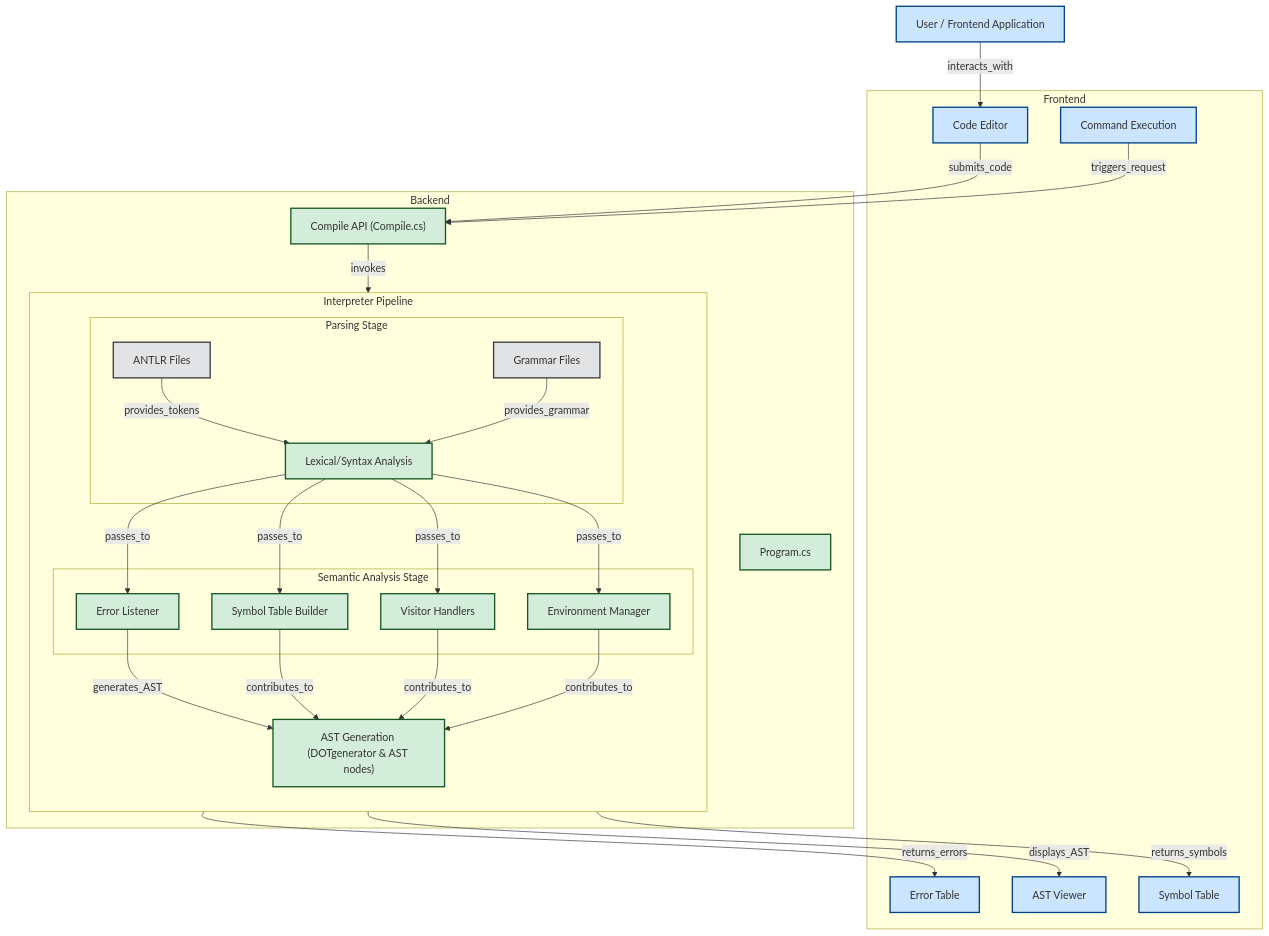
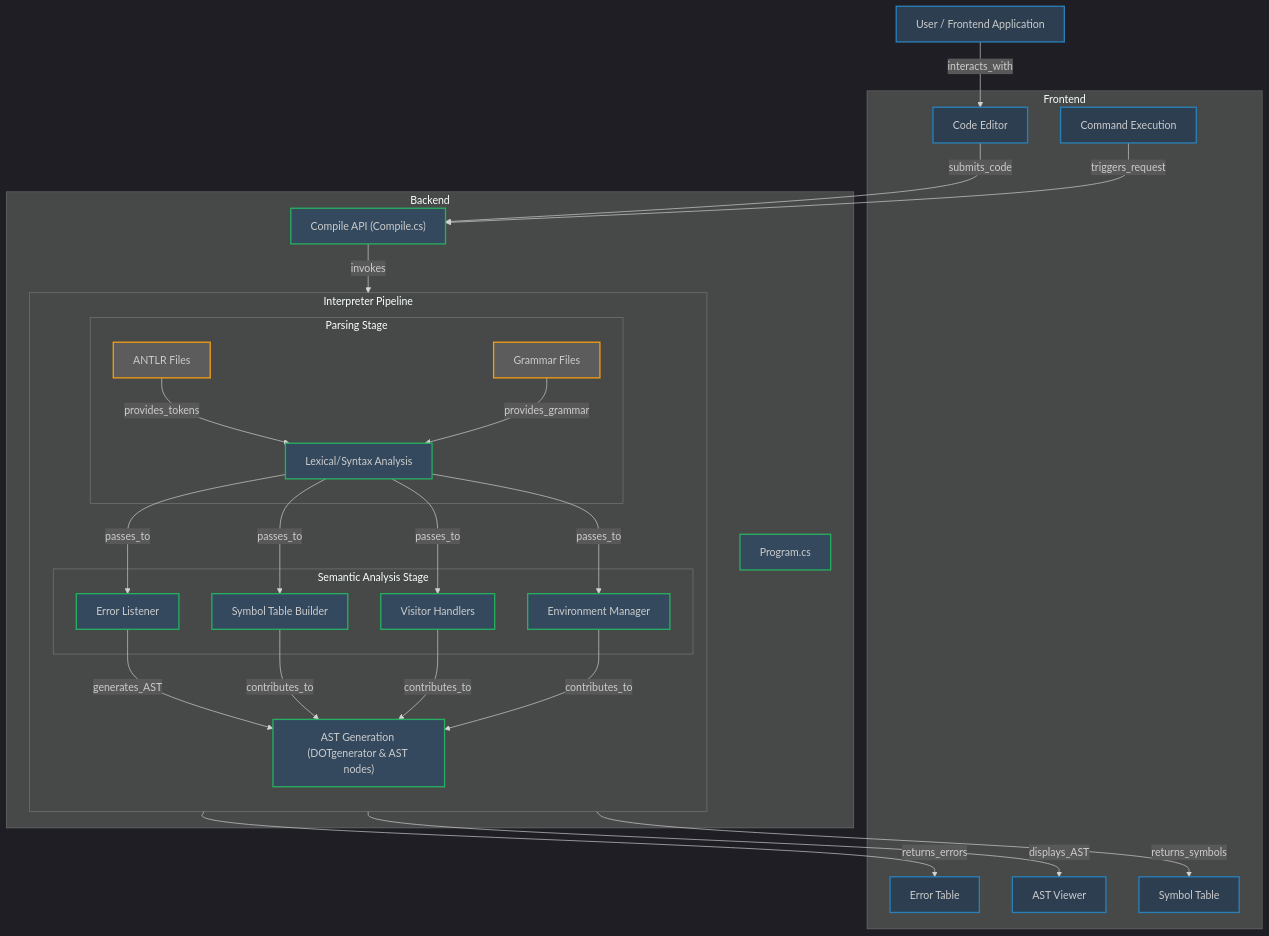
The diagram in README.md (sudokentucky/OLC2_Proyecto1_202100106), drawn with Mermaid before and after one commit.

````diff
--- a/README.md
+++ b/README.md
@@ -272,68 +272,69 @@
 ```mermaid
+%%{ init: { "theme": "dark" } }%%
 flowchart TB
     %% External
     UserApp["User / Frontend Application"]:::frontend
 
     %% Frontend Subgraph
     subgraph "Frontend"
         CodeEditor["Code Editor"]:::frontend
         CommandExec["Command Execution"]:::frontend
         ErrorTable["Error Table"]:::frontend
         ASTViewer["AST Viewer"]:::frontend
         SymbolTable["Symbol Table"]:::frontend
     end
 
     %% Backend Subgraph
     subgraph "Backend"
         AppEntry["Program.cs"]:::backend
         CompileAPI["Compile API (Compile.cs)"]:::backend
 
         subgraph "Interpreter Pipeline"
             direction TB
 
             subgraph "Parsing Stage"
                 ANTLRFiles["ANTLR Files"]:::antlr
                 GrammarFiles["Grammar Files"]:::antlr
                 LexSyn["Lexical/Syntax Analysis"]:::backend
             end
 
             subgraph "Semantic Analysis Stage"
                 ErrorListener["Error Listener"]:::backend
                 SymbolTableBuilder["Symbol Table Builder"]:::backend
                 VisitorHandlers["Visitor Handlers"]:::backend
                 EnvironmentManager["Environment Manager"]:::backend
             end
 
             ASTGeneration["AST Generation (DOTgenerator & AST nodes)"]:::backend
         end
     end
 
     %% Frontend interactions
     UserApp -->|"interacts_with"| CodeEditor
     CodeEditor -->|"submits_code"| CompileAPI
     CommandExec -->|"triggers_request"| CompileAPI
 
     %% Backend processing flow
     CompileAPI -->|"invokes"| LexSyn
     ANTLRFiles -->|"provides_tokens"| LexSyn
     GrammarFiles -->|"provides_grammar"| LexSyn
     LexSyn -->|"passes_to"| ErrorListener
     LexSyn -->|"passes_to"| SymbolTableBuilder
     LexSyn -->|"passes_to"| VisitorHandlers
     LexSyn -->|"passes_to"| EnvironmentManager
     ErrorListener -->|"generates_AST"| ASTGeneration
     SymbolTableBuilder -->|"contributes_to"| ASTGeneration
     VisitorHandlers -->|"contributes_to"| ASTGeneration
     EnvironmentManager -->|"contributes_to"| ASTGeneration
 
     %% Responses sent back to Frontend
     ASTGeneration -->|"displays_AST"| ASTViewer
     ErrorListener -->|"returns_errors"| ErrorTable
     SymbolTableBuilder -->|"returns_symbols"| SymbolTable
 
     %% Styles
-    classDef frontend fill:#cce5ff,stroke:#004085,stroke-width:2px;
-    classDef backend fill:#d4edda,stroke:#155724,stroke-width:2px;
-    classDef antlr fill:#e2e3e5,stroke:#383d41,stroke-width:2px;
+    classDef frontend fill:#2c3e50,stroke:#2980b9,stroke-width:2px;
+    classDef backend fill:#34495e,stroke:#27ae60,stroke-width:2px;
+    classDef antlr fill:#5c5c5c,stroke:#f39c12,stroke-width:2px;
 
 ```
````
